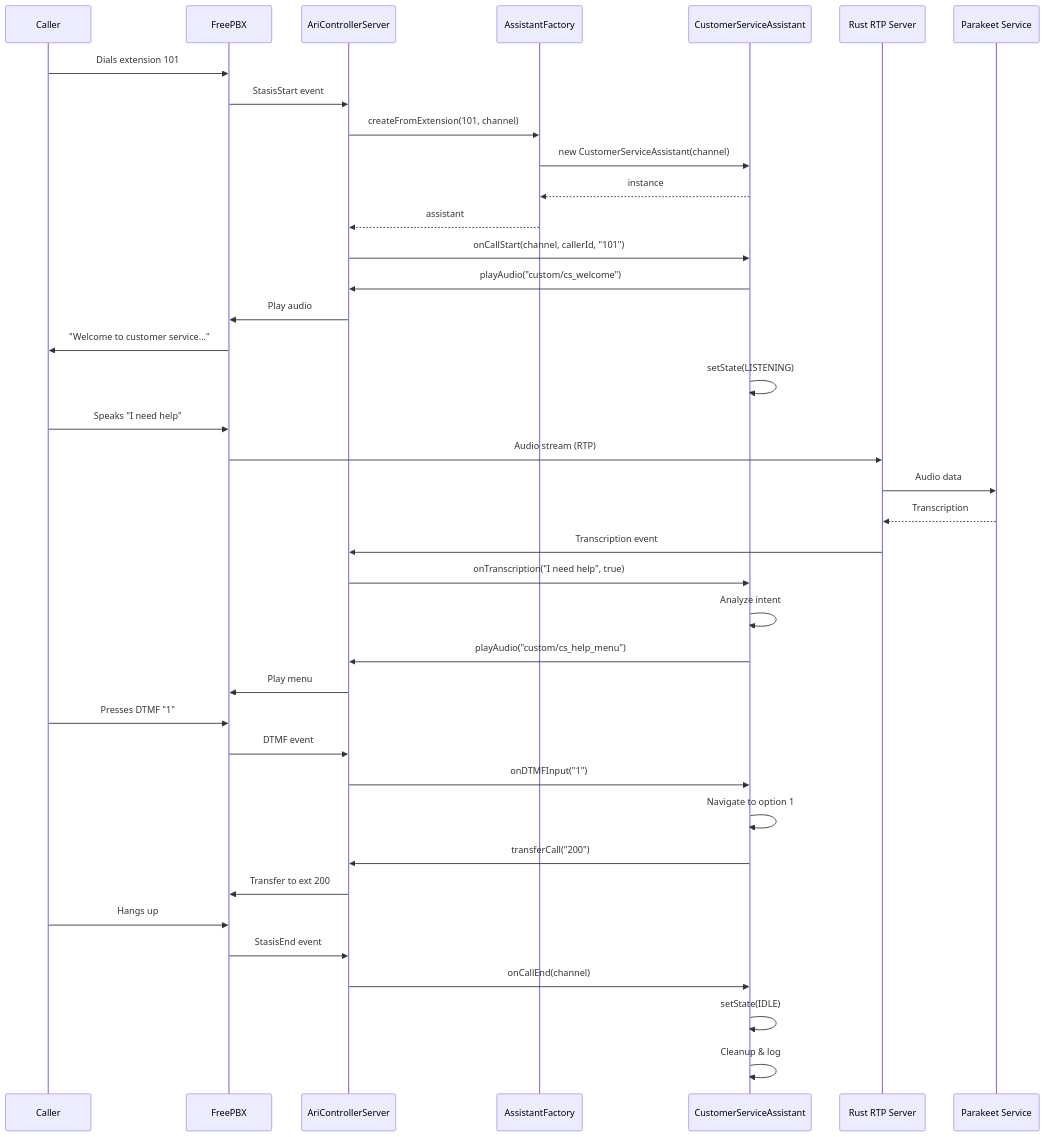
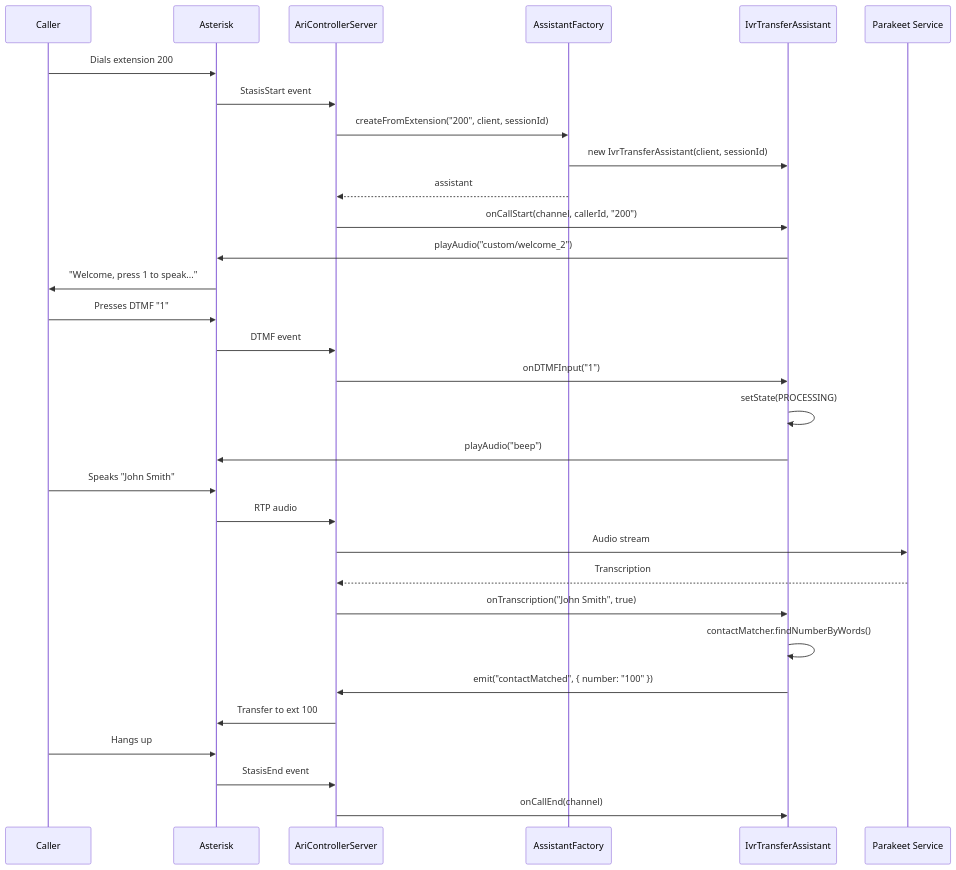
Before and after one commit to alexiokay/AriLink: the third of 5 diagrams in docs/ASSISTANT-ARCHITECTURE.md, drawn with Mermaid. The commit also changed other lines of this file and 15 other files, not shown here.

````diff
--- a/docs/ASSISTANT-ARCHITECTURE.md
+++ b/docs/ASSISTANT-ARCHITECTURE.md
@@ -169,49 +199,40 @@
 ```mermaid
 sequenceDiagram
     participant Caller
-    participant FreePBX
+    participant Asterisk
     participant Controller as AriControllerServer
     participant Factory as AssistantFactory
-    participant Assistant as CustomerServiceAssistant
-    participant RustRTP as Rust RTP Server
+    participant Assistant as IvrTransferAssistant
     participant Parakeet as Parakeet Service
 
-    Caller->>FreePBX: Dials extension 101
-    FreePBX->>Controller: StasisStart event
+    Caller->>Asterisk: Dials extension 200
+    Asterisk->>Controller: StasisStart event
 
-    Controller->>Factory: createFromExtension(101, channel)
-    Factory->>Assistant: new CustomerServiceAssistant(channel)
-    Assistant-->>Factory: instance
+    Controller->>Factory: createFromExtension("200", client, sessionId)
+    Factory->>Assistant: new IvrTransferAssistant(client, sessionId)
     Factory-->>Controller: assistant
 
-    Controller->>Assistant: onCallStart(channel, callerId, "101")
-    Assistant->>Controller: playAudio("custom/cs_welcome")
-    Controller->>FreePBX: Play audio
-    FreePBX->>Caller: "Welcome to customer service..."
+    Controller->>Assistant: onCallStart(channel, callerId, "200")
+    Assistant->>Asterisk: playAudio("custom/welcome_2")
+    Asterisk->>Caller: "Welcome, press 1 to speak..."
 
-    Assistant->>Assistant: setState(LISTENING)
+    Caller->>Asterisk: Presses DTMF "1"
+    Asterisk->>Controller: DTMF event
+    Controller->>Assistant: onDTMFInput("1")
+    Assistant->>Assistant: setState(PROCESSING)
+    Assistant->>Asterisk: playAudio("beep")
 
-    Caller->>FreePBX: Speaks "I need help"
-    FreePBX->>RustRTP: Audio stream (RTP)
-    RustRTP->>Parakeet: Audio data
-    Parakeet-->>RustRTP: Transcription
-    RustRTP->>Controller: Transcription event
+    Caller->>Asterisk: Speaks "John Smith"
+    Asterisk->>Controller: RTP audio
+    Controller->>Parakeet: Audio stream
+    Parakeet-->>Controller: Transcription
 
-    Controller->>Assistant: onTranscription("I need help", true)
-    Assistant->>Assistant: Analyze intent
-    Assistant->>Controller: playAudio("custom/cs_help_menu")
-    Controller->>FreePBX: Play menu
+    Controller->>Assistant: onTranscription("John Smith", true)
+    Assistant->>Assistant: contactMatcher.findNumberByWords()
+    Assistant->>Controller: emit("contactMatched", { number: "100" })
+    Controller->>Asterisk: Transfer to ext 100
 
-    Caller->>FreePBX: Presses DTMF "1"
-    FreePBX->>Controller: DTMF event
-    Controller->>Assistant: onDTMFInput("1")
-    Assistant->>Assistant: Navigate to option 1
-    Assistant->>Controller: transferCall("200")
-    Controller->>FreePBX: Transfer to ext 200
-
-    Caller->>FreePBX: Hangs up
-    FreePBX->>Controller: StasisEnd event
+    Caller->>Asterisk: Hangs up
+    Asterisk->>Controller: StasisEnd event
     Controller->>Assistant: onCallEnd(channel)
-    Assistant->>Assistant: setState(IDLE)
-    Assistant->>Assistant: Cleanup & log
 ```
````
